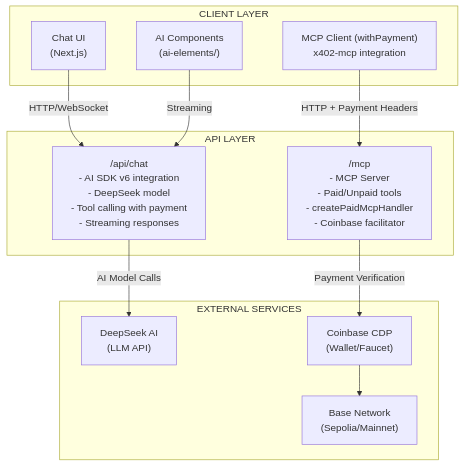
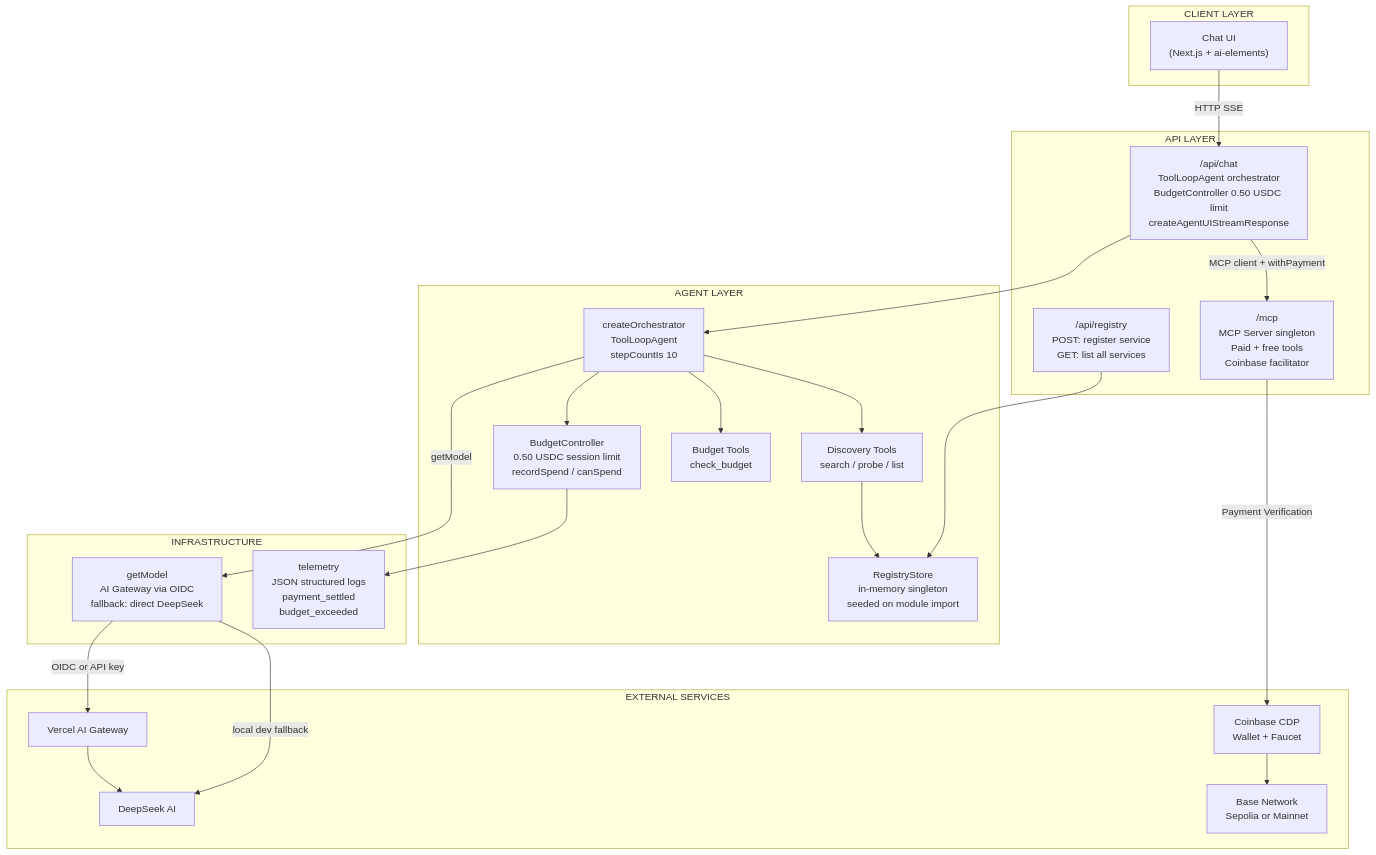
One commit to aijayz/x402-ai-agent changed the first of 5 diagrams in reports/architecture-design.md. Above: the diagram before and after it, drawn with Mermaid. The commit also changed other lines of this file and 53 other files, not shown here.

````diff
--- a/reports/architecture-design.md
+++ b/reports/architecture-design.md
@@ -7,27 +7,48 @@
 ```mermaid
 flowchart TD
     subgraph ClientLayer["CLIENT LAYER"]
-        ChatUI["Chat UI<br/>(Next.js)"]
-        AIComponents["AI Components<br/>(ai-elements/)"]
-        MCPClient["MCP Client (withPayment)<br/>x402-mcp integration"]
+        ChatUI["Chat UI<br/>(Next.js + ai-elements)"]
     end
 
     subgraph APILayer["API LAYER"]
-        ChatAPI["/api/chat<br/>- AI SDK v6 integration<br/>- DeepSeek model<br/>- Tool calling with payment<br/>- Streaming responses"]
-        MCPRoute["/mcp<br/>- MCP Server<br/>- Paid/Unpaid tools<br/>- createPaidMcpHandler<br/>- Coinbase facilitator"]
+        ChatAPI["/api/chat<br/>ToolLoopAgent orchestrator<br/>BudgetController 0.50 USDC limit<br/>createAgentUIStreamResponse"]
+        RegistryAPI["/api/registry<br/>POST: register service<br/>GET: list all services"]
+        MCPRoute["/mcp<br/>MCP Server singleton<br/>Paid + free tools<br/>Coinbase facilitator"]
+    end
+
+    subgraph AgentLayer["AGENT LAYER"]
+        Orchestrator["createOrchestrator<br/>ToolLoopAgent<br/>stepCountIs 10"]
+        BudgetCtrl["BudgetController<br/>0.50 USDC session limit<br/>recordSpend / canSpend"]
+        RegistryStore["RegistryStore<br/>in-memory singleton<br/>seeded on module import"]
+        DiscoveryTools["Discovery Tools<br/>search / probe / list"]
+        BudgetTools["Budget Tools<br/>check_budget"]
+    end
+
+    subgraph InfraLayer["INFRASTRUCTURE"]
+        AIProvider["getModel<br/>AI Gateway via OIDC<br/>fallback: direct DeepSeek"]
+        Telemetry["telemetry<br/>JSON structured logs<br/>payment_settled<br/>budget_exceeded"]
     end
 
     subgraph ExternalServices["EXTERNAL SERVICES"]
-        DeepSeek["DeepSeek AI<br/>(LLM API)"]
-        CDP["Coinbase CDP<br/>(Wallet/Faucet)"]
-        BaseNetwork["Base Network<br/>(Sepolia/Mainnet)"]
+        AIGateway["Vercel AI Gateway"]
+        DeepSeek["DeepSeek AI"]
+        CDP["Coinbase CDP<br/>Wallet + Faucet"]
+        BaseNetwork["Base Network<br/>Sepolia or Mainnet"]
     end
 
-    ChatUI -->|HTTP/WebSocket| ChatAPI
-    AIComponents -->|Streaming| ChatAPI
-    MCPClient -->|HTTP + Payment Headers| MCPRoute
-
-    ChatAPI -->|AI Model Calls| DeepSeek
+    ChatUI -->|HTTP SSE| ChatAPI
+    ChatAPI --> Orchestrator
+    Orchestrator --> BudgetCtrl
+    Orchestrator --> DiscoveryTools
+    Orchestrator --> BudgetTools
+    DiscoveryTools --> RegistryStore
+    RegistryAPI --> RegistryStore
+    ChatAPI -->|MCP client + withPayment| MCPRoute
+    Orchestrator -->|getModel| AIProvider
+    AIProvider -->|OIDC or API key| AIGateway
+    AIGateway --> DeepSeek
+    AIProvider -->|local dev fallback| DeepSeek
+    BudgetCtrl --> Telemetry
     MCPRoute -->|Payment Verification| CDP
     CDP --> BaseNetwork
 ```
````
